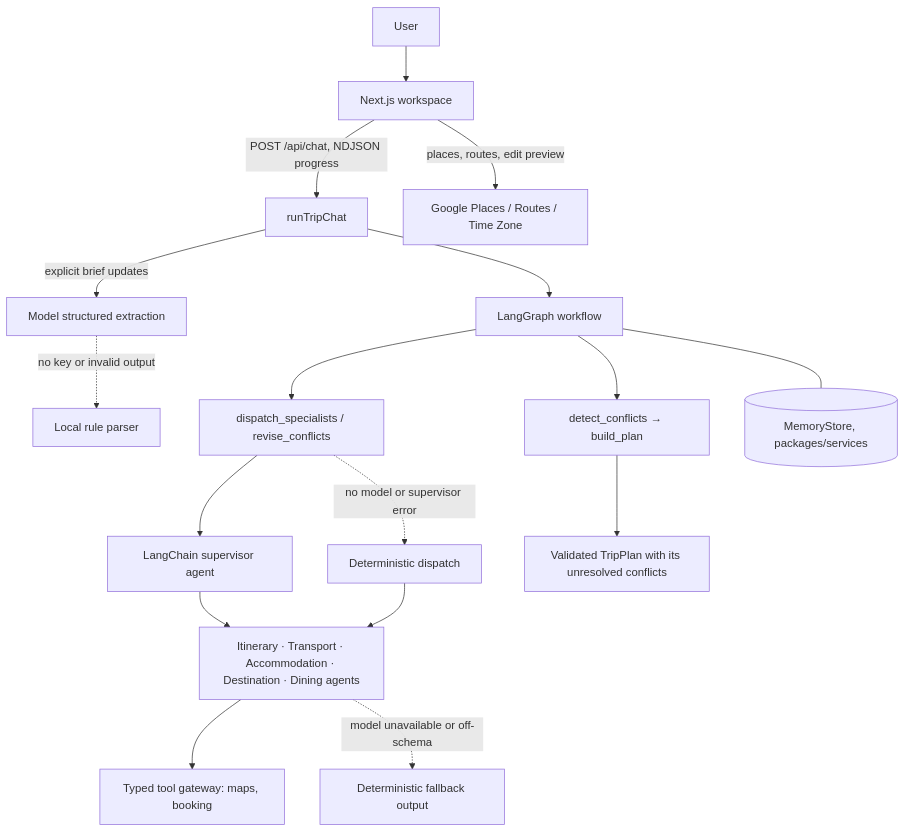
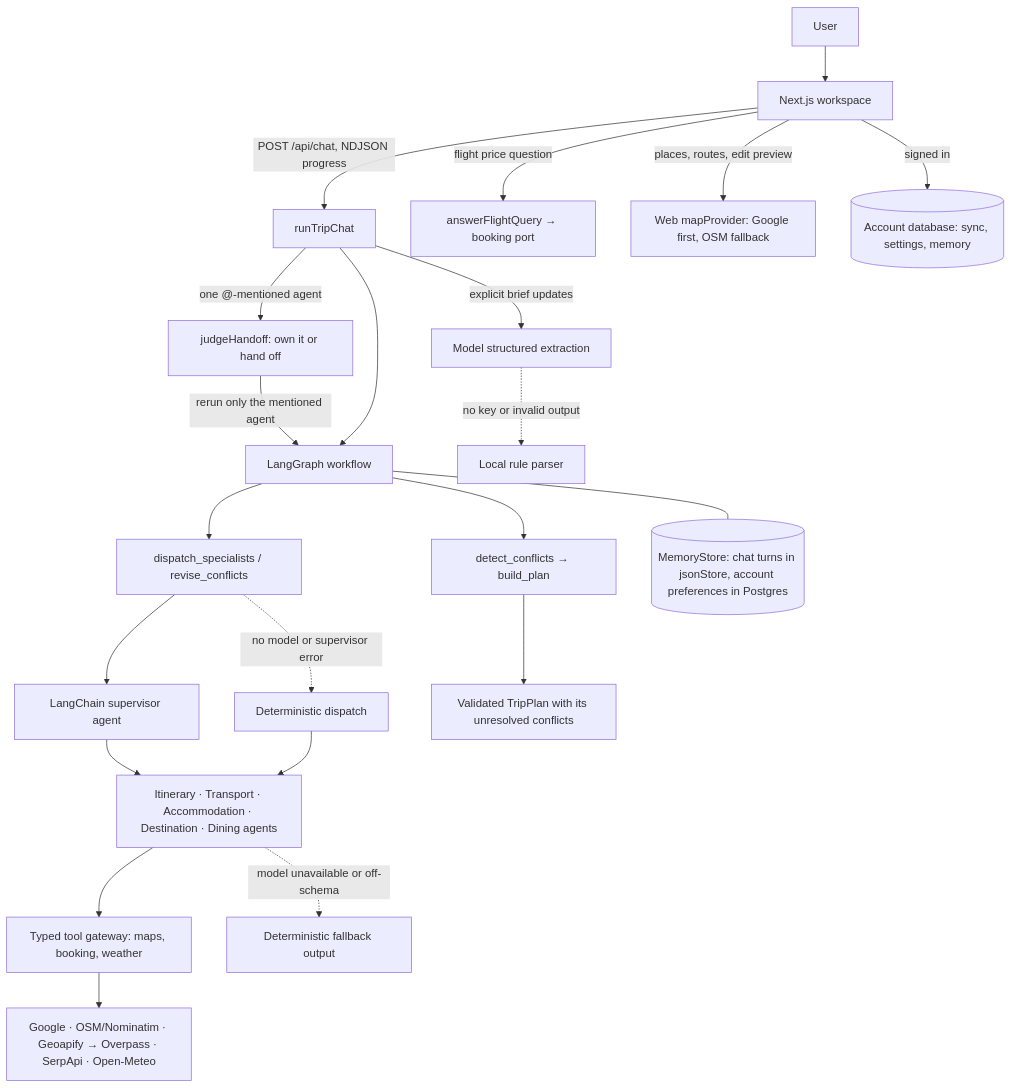
One commit to Lilstanie/AI_TRIP_PLANNER changed the first of 2 diagrams in docs/architecture.md. Above: the diagram before and after it, drawn with Mermaid. The commit also changed 83 other files, not shown here.

First line of the commit message:
TP-203 docs: bring the architecture diagrams and READMEs in line with main (#848)

````diff
--- a/docs/architecture.md
+++ b/docs/architecture.md
@@ -30,19 +30,24 @@
 ```mermaid
 flowchart TB
     U[User] --> UI[Next.js workspace]
     UI -->|POST /api/chat, NDJSON progress| CHAT[runTripChat]
+    UI -->|flight price question| FLIGHT[answerFlightQuery → booking port]
     CHAT -->|explicit brief updates| EX[Model structured extraction]
+    CHAT -->|one @-mentioned agent| HANDOFF[judgeHandoff: own it or hand off]
+    HANDOFF -->|rerun only the mentioned agent| WF
     EX -.->|no key or invalid output| LP[Local rule parser]
     CHAT --> WF[LangGraph workflow]
     WF --> DISPATCH[dispatch_specialists / revise_conflicts]
     DISPATCH --> SUP[LangChain supervisor agent]
     DISPATCH -.->|no model or supervisor error| DIRECT[Deterministic dispatch]
     SUP --> SPEC[Itinerary · Transport · Accommodation · Destination · Dining agents]
     DIRECT --> SPEC
-    SPEC --> TOOLS[Typed tool gateway: maps, booking]
+    SPEC --> TOOLS[Typed tool gateway: maps, booking, weather]
+    TOOLS --> PROVIDERS[Google · OSM/Nominatim · Geoapify → Overpass · SerpApi · Open-Meteo]
     SPEC -.->|model unavailable or off-schema| FB[Deterministic fallback output]
     WF --> CONF[detect_conflicts → build_plan]
-    WF --- MEM[(MemoryStore, packages/services)]
+    WF --- MEM[(MemoryStore: chat turns in jsonStore, account preferences in Postgres)]
     CONF --> PLAN[Validated TripPlan with its unresolved conflicts]
-    UI -->|places, routes, edit preview| GOOGLE[Google Places / Routes / Time Zone]
+    UI -->|places, routes, edit preview| MAPS[Web mapProvider: Google first, OSM fallback]
+    UI -->|signed in| ACCOUNT[(Account database: sync, settings, memory)]
 ```
````
